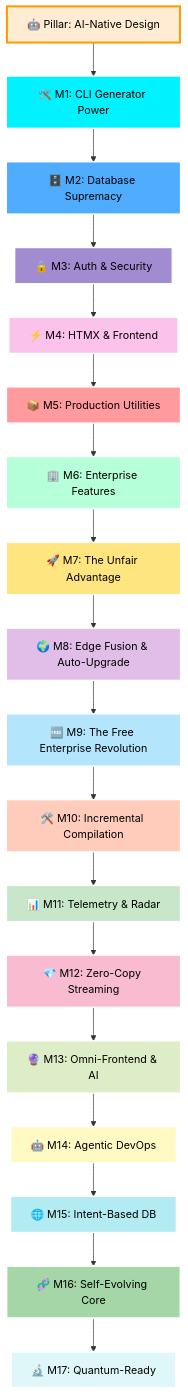
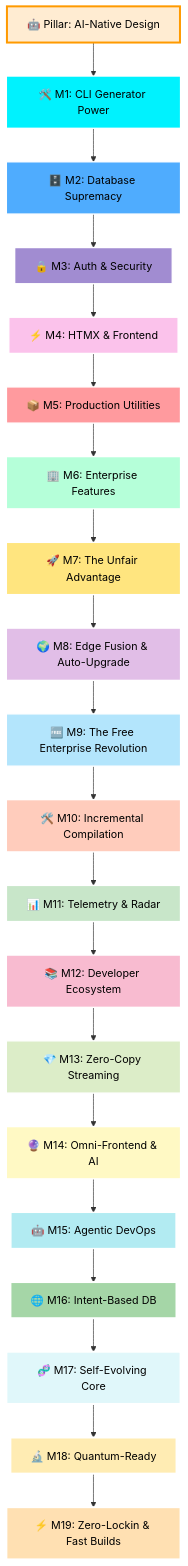
The diagram in ROADMAP.md (Rullst/Rullst), drawn with Mermaid before and after one commit. The commit also changed other lines of this file and 33 other files, not shown here.

````diff
--- a/ROADMAP.md
+++ b/ROADMAP.md
@@ -44,39 +44,43 @@
 ```mermaid
 graph TD
     M0["🤖 Pillar: AI-Native Design"] --> M1["🛠️ M1: CLI Generator Power"]
     M1 --> M2["🗄️ M2: Database Supremacy"]
     M2 --> M3["🔒 M3: Auth & Security"]
     M3 --> M4["⚡ M4: HTMX & Frontend"]
     M4 --> M5["📦 M5: Production Utilities"]
     M5 --> M6["🏢 M6: Enterprise Features"]
     M6 --> M7["🚀 M7: The Unfair Advantage"]
     M7 --> M8["🌍 M8: Edge Fusion & Auto-Upgrade"]
     M8 --> M9["🆓 M9: The Free Enterprise Revolution"]
     M9 --> M10["🛠️ M10: Incremental Compilation"]
     M10 --> M11["📊 M11: Telemetry & Radar"]
-    M11 --> M12["💎 M12: Zero-Copy Streaming"]
-    M12 --> M13["🔮 M13: Omni-Frontend & AI"]
-    M13 --> M14["🤖 M14: Agentic DevOps"]
-    M14 --> M15["🌐 M15: Intent-Based DB"]
-    M15 --> M16["🧬 M16: Self-Evolving Core"]
-    M16 --> M17["🔬 M17: Quantum-Ready"]
+    M11 --> M12["📚 M12: Developer Ecosystem"]
+    M12 --> M13["💎 M13: Zero-Copy Streaming"]
+    M13 --> M14["🔮 M14: Omni-Frontend & AI"]
+    M14 --> M15["🤖 M15: Agentic DevOps"]
+    M15 --> M16["🌐 M16: Intent-Based DB"]
+    M16 --> M17["🧬 M17: Self-Evolving Core"]
+    M17 --> M18["🔬 M18: Quantum-Ready"]
+    M18 --> M19["⚡ M19: Zero-Lockin & Fast Builds"]
 
     style M0  fill:#ffecd2,stroke:#ff9a00,stroke-width:3px,color:#000
     style M1  fill:#00f2fe,stroke:#fff,stroke-width:2px,color:#000
     style M2  fill:#4facfe,stroke:#fff,stroke-width:2px,color:#000
     style M3  fill:#a18cd1,stroke:#fff,stroke-width:2px,color:#000
     style M4  fill:#fbc2eb,stroke:#fff,stroke-width:2px,color:#000
     style M5  fill:#ff9a9e,stroke:#fff,stroke-width:2px,color:#000
     style M6  fill:#b5ffd9,stroke:#fff,stroke-width:2px,color:#000
     style M7  fill:#ffe57f,stroke:#fff,stroke-width:2px,color:#000
     style M8  fill:#e1bee7,stroke:#fff,stroke-width:2px,color:#000
     style M9  fill:#b3e5fc,stroke:#fff,stroke-width:2px,color:#000
     style M10 fill:#ffccbc,stroke:#fff,stroke-width:2px,color:#000
     style M11 fill:#c8e6c9,stroke:#fff,stroke-width:2px,color:#000
     style M12 fill:#f8bbd0,stroke:#fff,stroke-width:2px,color:#000
     style M13 fill:#dcedc8,stroke:#fff,stroke-width:2px,color:#000
     style M14 fill:#fff9c4,stroke:#fff,stroke-width:2px,color:#000
     style M15 fill:#b2ebf2,stroke:#fff,stroke-width:2px,color:#000
     style M16 fill:#a5d6a7,stroke:#fff,stroke-width:3px,color:#000
     style M17 fill:#e0f7fa,stroke:#fff,stroke-width:3px,color:#000
+    style M18 fill:#ffecb3,stroke:#fff,stroke-width:3px,color:#000
+    style M19 fill:#ffe0b2,stroke:#fff,stroke-width:3px,color:#000
 ```
````
